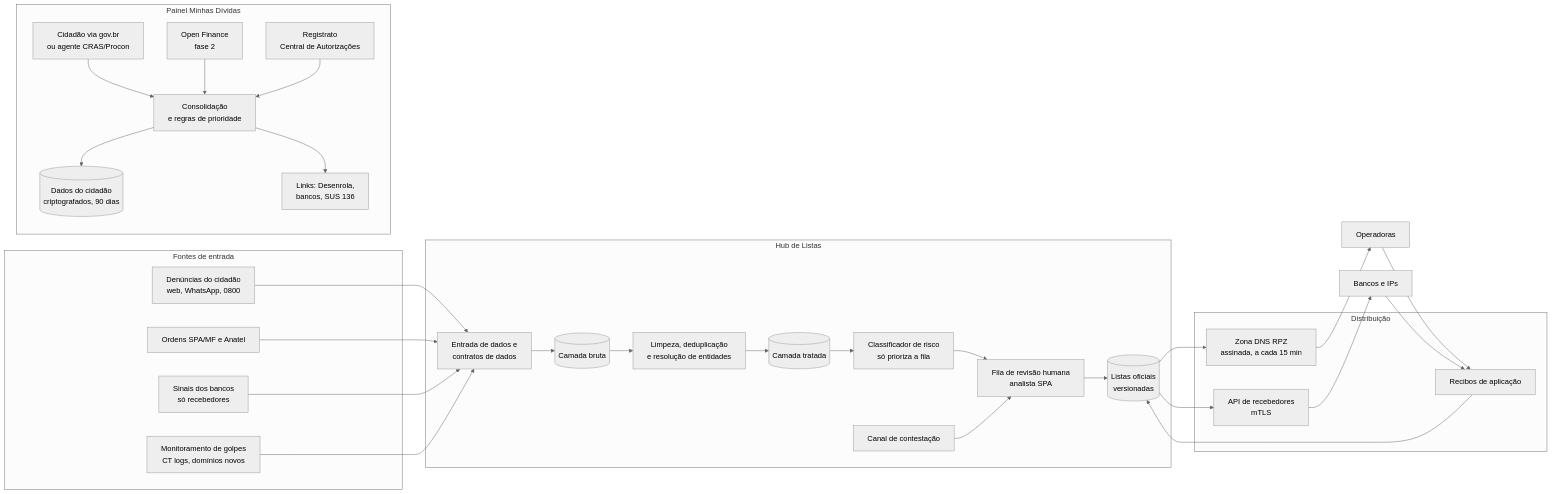
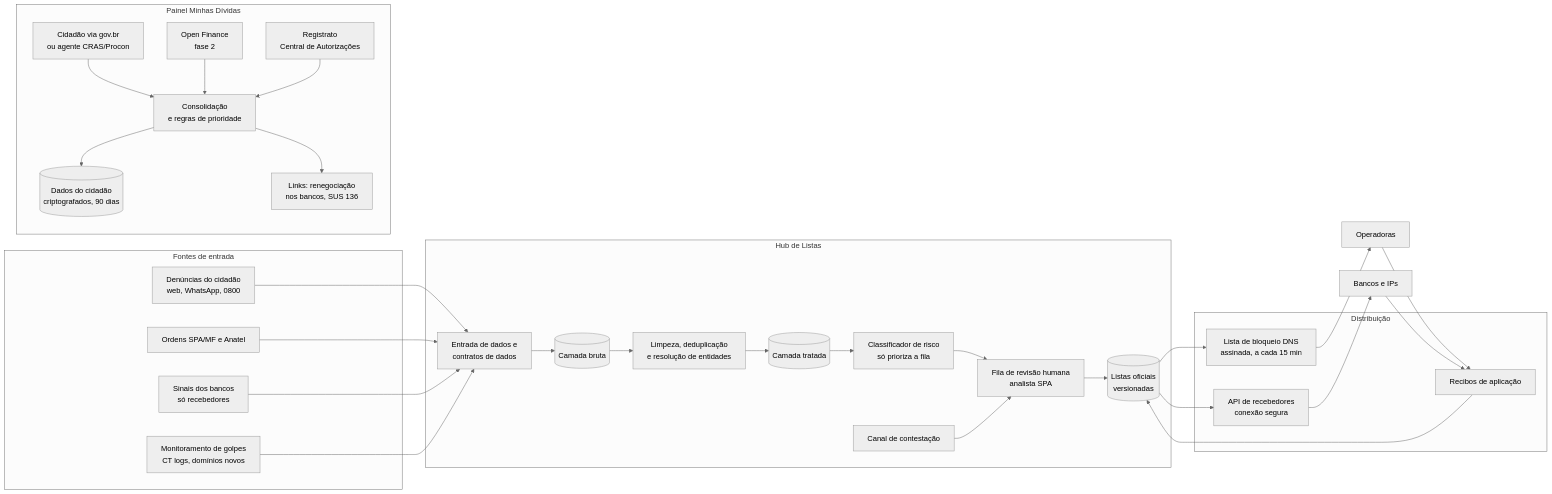
The first of 2 diagrams in README.md (Valtergsj/Sa-da-Segura), drawn with Mermaid (neutral theme) before and after one commit. The commit also changed other lines of this file, not shown here.

````diff
--- a/README.md
+++ b/README.md
@@ -115,55 +110,55 @@
 ```mermaid
 flowchart LR
     subgraph Fontes["Fontes de entrada"]
         D1["Denúncias do cidadão<br/>web, WhatsApp, 0800"]
         D2["Ordens SPA/MF e Anatel"]
         D3["Sinais dos bancos<br/>só recebedores"]
         D4["Monitoramento de golpes<br/>CT logs, domínios novos"]
     end
 
     subgraph Hub["Hub de Listas"]
         I["Entrada de dados e<br/>contratos de dados"]
         B[("Camada bruta")]
         P["Limpeza, deduplicação<br/>e resolução de entidades"]
         S[("Camada tratada")]
         ML["Classificador de risco<br/>só prioriza a fila"]
         R["Fila de revisão humana<br/>analista SPA"]
         G[("Listas oficiais<br/>versionadas")]
         C["Canal de contestação"]
     end
 
     subgraph Saida["Distribuição"]
-        RPZ["Zona DNS RPZ<br/>assinada, a cada 15 min"]
-        API["API de recebedores<br/>mTLS"]
+        RPZ["Lista de bloqueio DNS<br/>assinada, a cada 15 min"]
+        API["API de recebedores<br/>conexão segura"]
         REC["Recibos de aplicação"]
     end
 
     subgraph Painel["Painel Minhas Dívidas"]
         U["Cidadão via gov.br<br/>ou agente CRAS/Procon"]
         OF["Open Finance<br/>fase 2"]
         RG["Registrato<br/>Central de Autorizações"]
         CO["Consolidação<br/>e regras de prioridade"]
         PD[("Dados do cidadão<br/>criptografados, 90 dias")]
-        AJ["Links: Desenrola,<br/>bancos, SUS 136"]
+        AJ["Links: renegociação<br/>nos bancos, SUS 136"]
     end
 
     D1 --> I
     D2 --> I
     D3 --> I
     D4 --> I
     I --> B --> P --> S
     S --> ML --> R
     R --> G
     C --> R
     G --> RPZ --> OP["Operadoras"]
     G --> API --> BK["Bancos e IPs"]
     OP --> REC
     BK --> REC
     REC --> G
 
     U --> CO
     OF --> CO
     RG --> CO
     CO --> PD
     CO --> AJ
 ```
````
